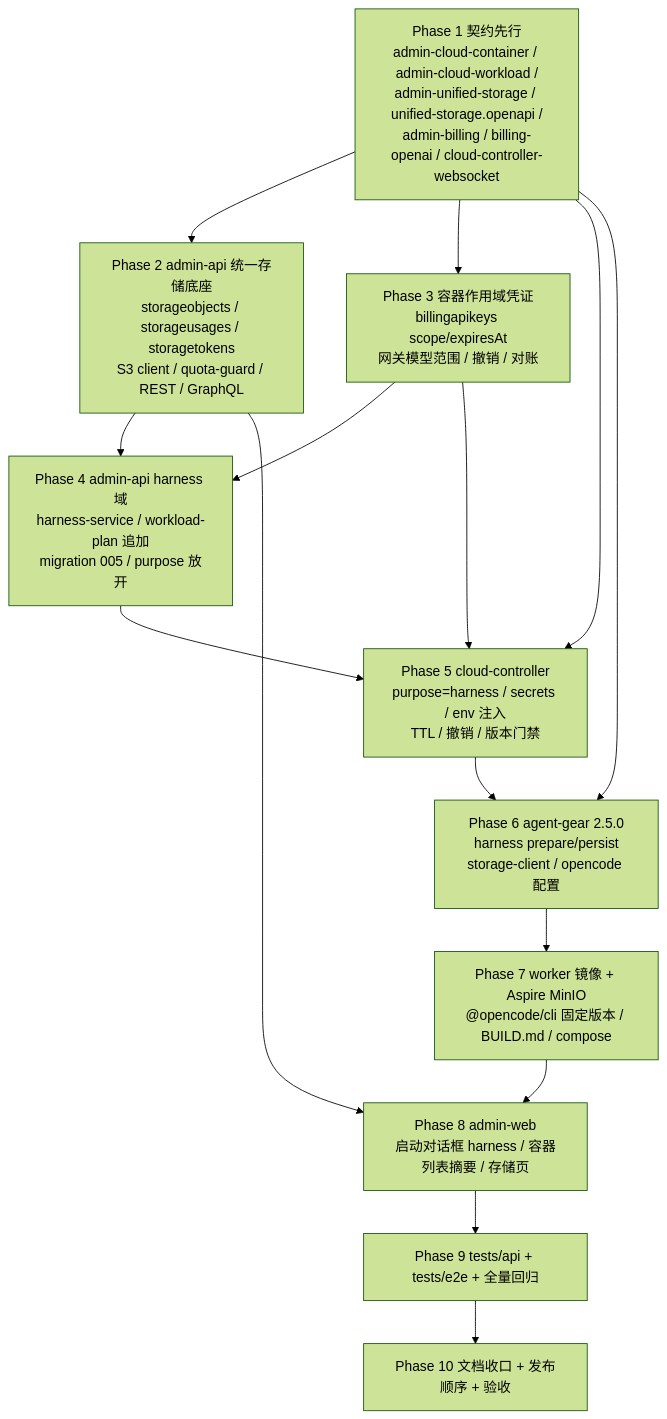
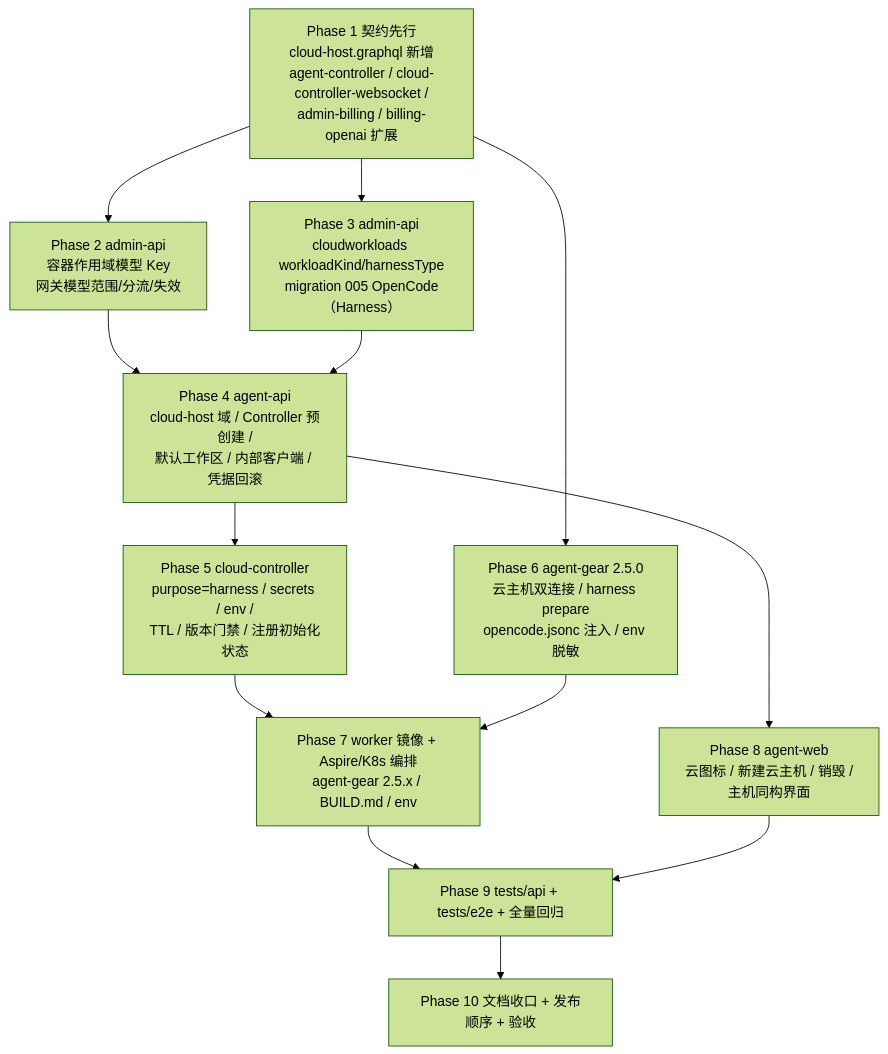
Before and after one commit to Deliay/z-agent-gear: the first of 6 diagrams in docs/engineering/plan/20261020-feat-container-harness-support.md, drawn with Mermaid (forest theme). The commit also changed other lines of this file and 1 other file, not shown here.

Commit message:
docs(plan): 容器启动任务支持 harness 类型实现计划 v2.0（按 PRD/提案 v3.0 整体重排：前台云主机/主机同构/标准会话）

````diff
--- a/docs/engineering/plan/20261020-feat-container-harness-support.md
+++ b/docs/engineering/plan/20261020-feat-container-harness-support.md
@@ -19,27 +35,20 @@
 ```mermaid
 flowchart TD
-    P1["Phase 1 契约先行<br/>admin-cloud-container / admin-cloud-workload /<br/>admin-unified-storage / unified-storage.openapi /<br/>admin-billing / billing-openai / cloud-controller-websocket"] --> P2
+    P1["Phase 1 契约先行<br/>cloud-host.graphql 新增<br/>agent-controller / cloud-controller-websocket /<br/>admin-billing / billing-openai 扩展"] --> P2
     P1 --> P3
-    P1 --> P5
     P1 --> P6
 
-    P2["Phase 2 admin-api 统一存储底座<br/>storageobjects / storageusages / storagetokens<br/>S3 client / quota-guard / REST / GraphQL"] --> P4
-    P2 --> P8
+    P2["Phase 2 admin-api<br/>容器作用域模型 Key<br/>网关模型范围/分流/失效"] --> P4
+    P3["Phase 3 admin-api<br/>cloudworkloads workloadKind/harnessType<br/>migration 005 OpenCode（Harness）"] --> P4
 
-    P3["Phase 3 容器作用域凭证<br/>billingapikeys scope/expiresAt<br/>网关模型范围 / 撤销 / 对账"] --> P4
-    P3 --> P5
+    P4["Phase 4 agent-api<br/>cloud-host 域 / Controller 预创建 /<br/>默认工作区 / 内部客户端 / 凭据回滚"] --> P5
+    P4 --> P8
 
-    P4["Phase 4 admin-api harness 域<br/>harness-service / workload-plan 追加<br/>migration 005 / purpose 放开"] --> P5
+    P5["Phase 5 cloud-controller<br/>purpose=harness / secrets / env /<br/>TTL / 版本门禁 / 注册初始化状态"] --> P7
 
-    P5["Phase 5 cloud-controller<br/>purpose=harness / secrets / env 注入<br/>TTL / 撤销 / 版本门禁"] --> P6
-
-    P6["Phase 6 agent-gear 2.5.0<br/>harness prepare/persist<br/>storage-client / opencode 配置"] --> P7
-
-    P7["Phase 7 worker 镜像 + Aspire MinIO<br/>@opencode/cli 固定版本 / BUILD.md / compose"] --> P8
-
-    P8["Phase 8 admin-web<br/>启动对话框 harness / 容器列表摘要 / 存储页"] --> P9
-
+    P6["Phase 6 agent-gear 2.5.0<br/>云主机双连接 / harness prepare<br/>opencode.jsonc 注入 / env 脱敏"] --> P7
+    P7["Phase 7 worker 镜像 + Aspire/K8s 编排<br/>agent-gear 2.5.x / BUILD.md / env"] --> P9
+    P8["Phase 8 agent-web<br/>云图标 / 新建云主机 / 销毁 /<br/>主机同构界面"] --> P9
     P9["Phase 9 tests/api + tests/e2e + 全量回归"] --> P10
-
     P10["Phase 10 文档收口 + 发布顺序 + 验收"]
 ```
````
